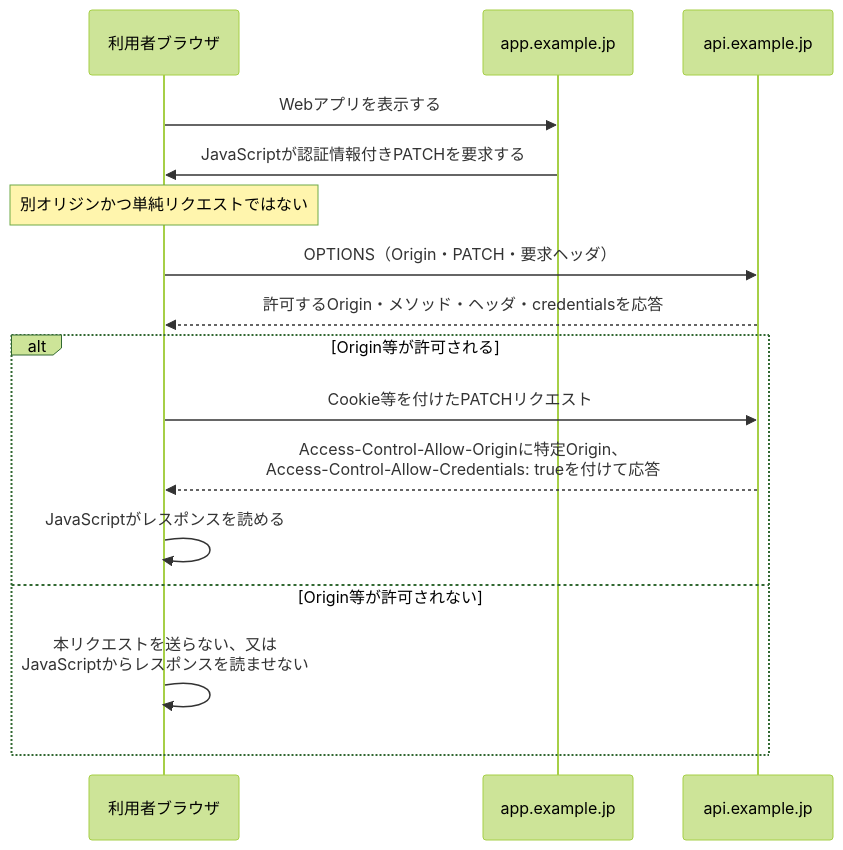
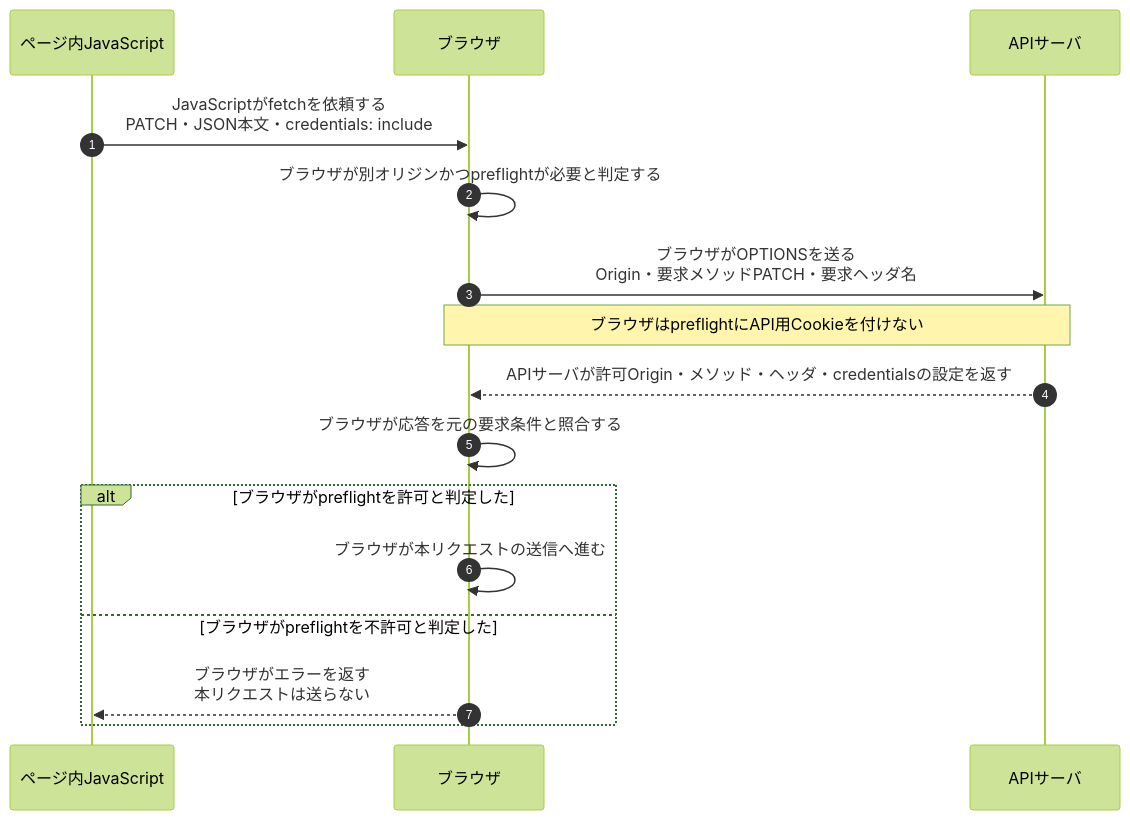
Before and after one commit to ryusuke2003/security-specialist-study: the first of 2 diagrams in 復習用/流れ図/CORSのpreflightと認証情報付きリクエスト.md, drawn with Mermaid (forest theme). The commit also changed other lines of this file and 26 other files, not shown here.

Commit message:
流れ図全23資料の主体と処理段階を明確化し構造検査を追加

````diff
--- a/復習用/流れ図/CORSのpreflightと認証情報付きリクエスト.md
+++ b/復習用/流れ図/CORSのpreflightと認証情報付きリクエスト.md
@@ -3,19 +11,19 @@
 ```mermaid
 sequenceDiagram
-    participant B as 利用者ブラウザ
-    participant A as app.example.jp
-    participant API as api.example.jp
+    autonumber
+    participant J as ページ内JavaScript
+    participant B as ブラウザ
+    participant A as APIサーバ
 
-    B->>A: Webアプリを表示する
-    A->>B: JavaScriptが認証情報付きPATCHを要求する
-    Note over B: 別オリジンかつ単純リクエストではない
-    B->>API: OPTIONS（Origin・PATCH・要求ヘッダ）
-    API-->>B: 許可するOrigin・メソッド・ヘッダ・credentialsを応答
-    alt Origin等が許可される
-        B->>API: Cookie等を付けたPATCHリクエスト
-        API-->>B: Access-Control-Allow-Originに特定Origin、<br/>Access-Control-Allow-Credentials: trueを付けて応答
-        B->>B: JavaScriptがレスポンスを読める
-    else Origin等が許可されない
-        B->>B: 本リクエストを送らない、又は<br/>JavaScriptからレスポンスを読ませない
+    J->>B: JavaScriptがfetchを依頼する<br/>PATCH・JSON本文・credentials: include
+    B->>B: ブラウザが別オリジンかつpreflightが必要と判定する
+    B->>A: ブラウザがOPTIONSを送る<br/>Origin・要求メソッドPATCH・要求ヘッダ名
+    Note over B,A: ブラウザはpreflightにAPI用Cookieを付けない
+    A-->>B: APIサーバが許可Origin・メソッド・ヘッダ・credentialsの設定を返す
+    B->>B: ブラウザが応答を元の要求条件と照合する
+    alt ブラウザがpreflightを許可と判定した
+        B->>B: ブラウザが本リクエストの送信へ進む
+    else ブラウザがpreflightを不許可と判定した
+        B-->>J: ブラウザがエラーを返す<br/>本リクエストは送らない
     end
 ```
````
